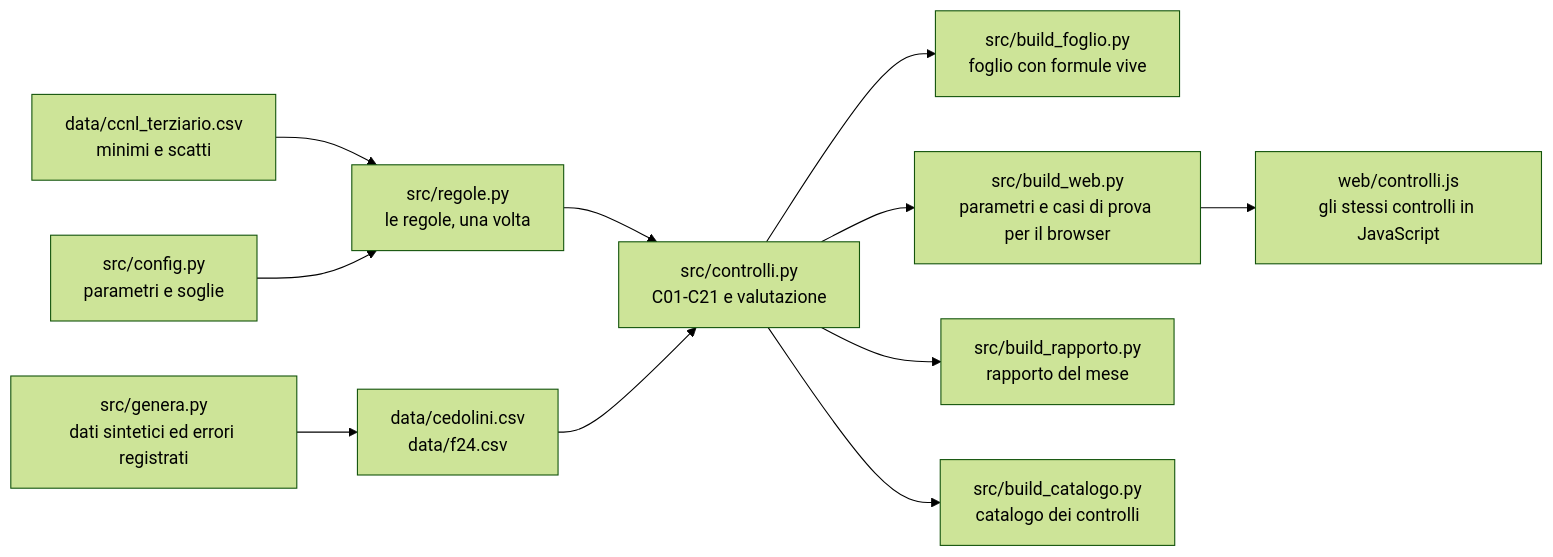
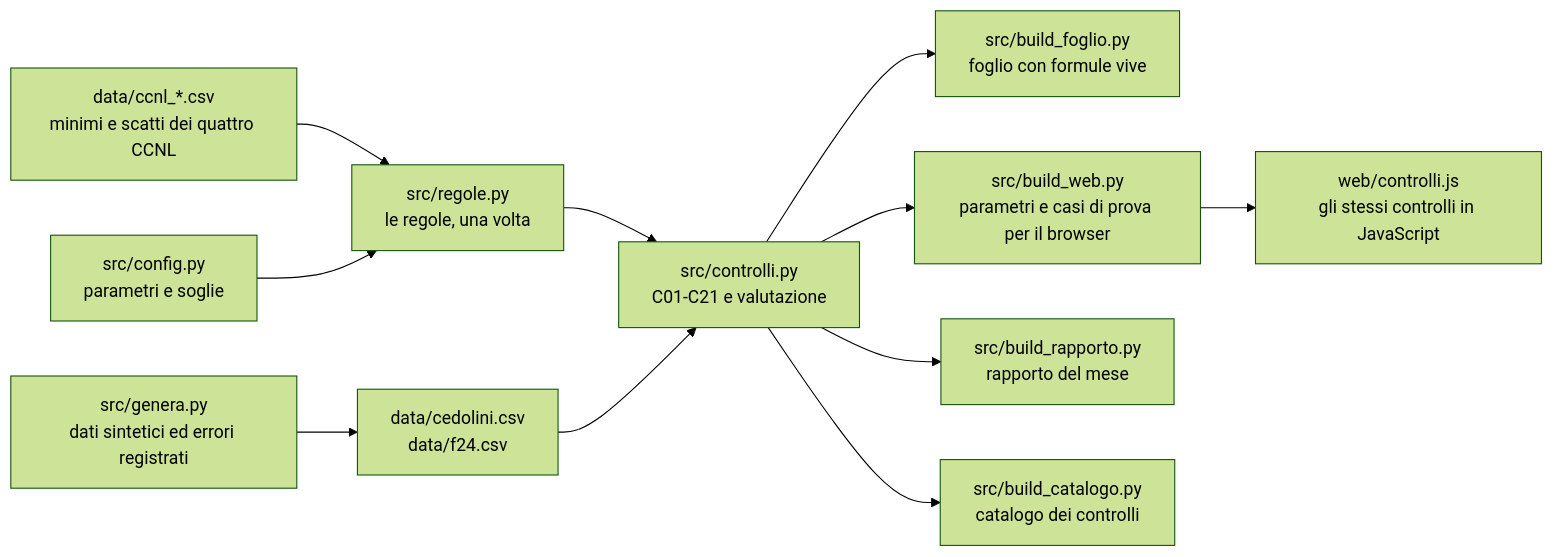
The diagram in docs/architettura.md (D0M3N1C0X/controlli-cedolini), drawn with Mermaid (forest theme) before and after one commit. The commit also changed other lines of this file and 18 other files, not shown here.

````diff
--- a/docs/architettura.md
+++ b/docs/architettura.md
@@ -9,13 +9,13 @@
 ```mermaid
 flowchart LR
-    T["data/ccnl_terziario.csv<br>minimi e scatti"] --> R["src/regole.py<br>le regole, una volta"]
+    T["data/ccnl_*.csv<br>minimi e scatti dei quattro CCNL"] --> R["src/regole.py<br>le regole, una volta"]
     P["src/config.py<br>parametri e soglie"] --> R
     G["src/genera.py<br>dati sintetici ed errori registrati"] --> D["data/cedolini.csv<br>data/f24.csv"]
     R --> K["src/controlli.py<br>C01-C21 e valutazione"]
     D --> K
     K --> F["src/build_foglio.py<br>foglio con formule vive"]
     K --> W["src/build_web.py<br>parametri e casi di prova per il browser"]
     K --> B["src/build_rapporto.py<br>rapporto del mese"]
     K --> Q["src/build_catalogo.py<br>catalogo dei controlli"]
     W --> J["web/controlli.js<br>gli stessi controlli in JavaScript"]
 ```
````
